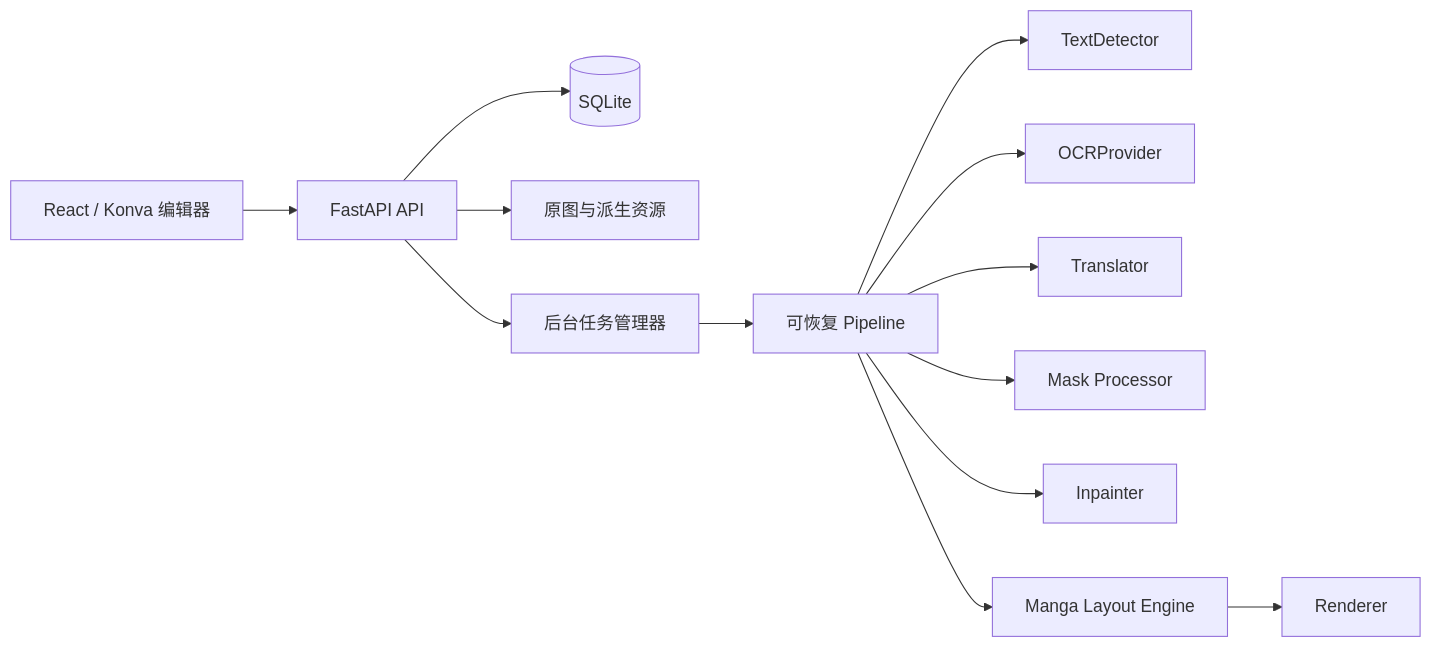
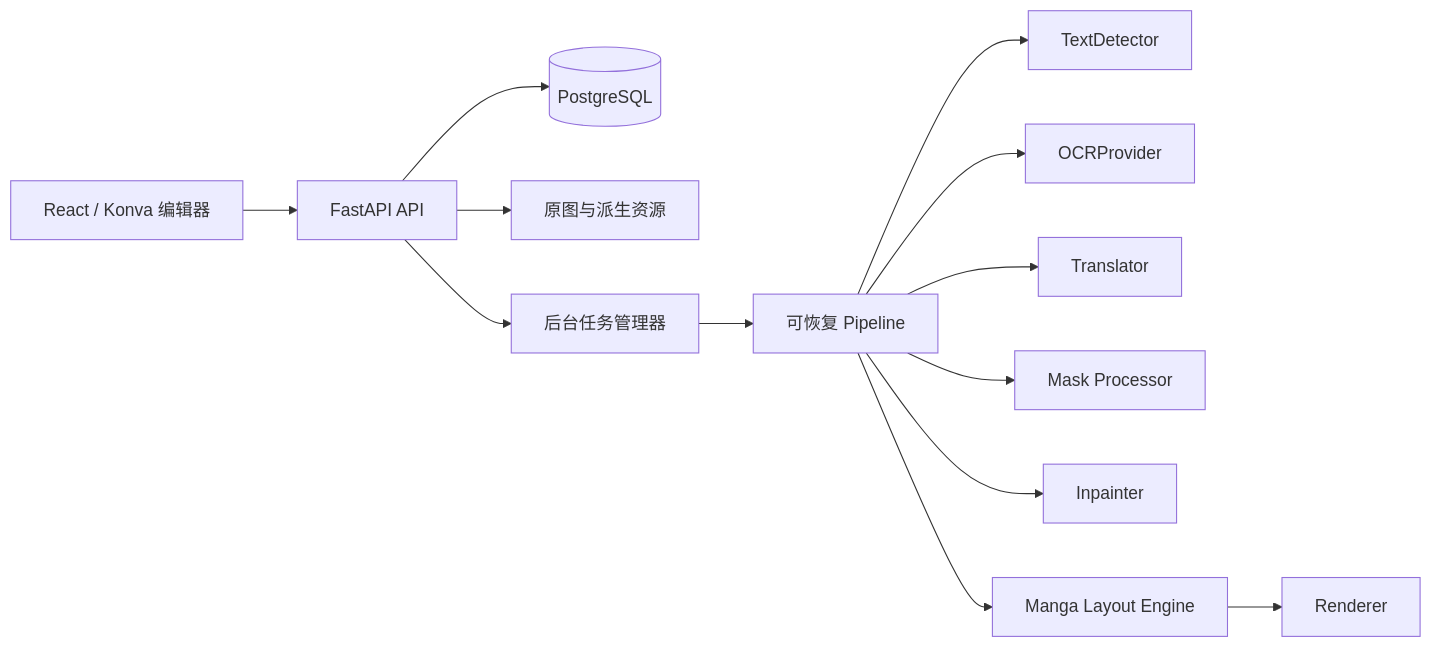
One commit to ALittlePandaMan/MangaFlow changed the diagram in README.md. Above: the diagram before and after it, drawn with Mermaid. The commit also changed other lines of this file and 88 other files, not shown here.

````diff
--- a/README.md
+++ b/README.md
@@ -21,15 +21,15 @@
 ```mermaid
 flowchart LR
     UI[React / Konva 编辑器] --> API[FastAPI API]
-    API --> DB[(SQLite)]
+    API --> DB[(PostgreSQL)]
     API --> FS[原图与派生资源]
     API --> Q[后台任务管理器]
     Q --> P[可恢复 Pipeline]
     P --> D[TextDetector]
     P --> O[OCRProvider]
     P --> T[Translator]
     P --> M[Mask Processor]
     P --> I[Inpainter]
     P --> L[Manga Layout Engine]
     L --> R[Renderer]
 ```
````
